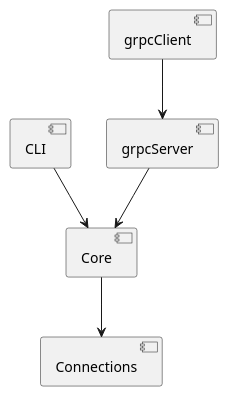
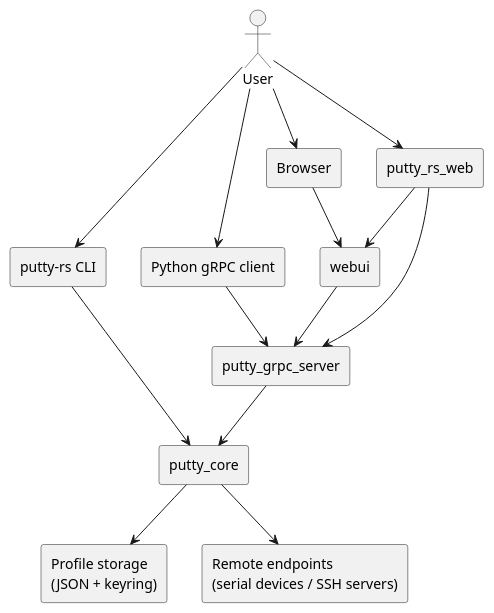
The diagram in docs/puml/arch_level1.puml (simon-rechermann/putty_rs_async), drawn with PlantUML before and after one commit. The commit also changed 6 other files, not shown here.

```diff
--- a/docs/puml/arch_level1.puml
+++ b/docs/puml/arch_level1.puml
@@ -1,8 +1,33 @@
 @startuml ArchLevel1
-' skinparam componentBackgroundColor White
 
-[CLI] --> [Core]
-[grpcClient] --> [grpcServer]
-[grpcServer] --> [Core]
-[Core] --> [Connections]
+skinparam componentStyle rectangle
+
+actor User
+
+[putty-rs CLI] as CLI
+[Python gRPC client] as PY
+[Browser] as BROWSER
+[putty_rs_web] as WEBBIN
+[webui] as WEBUI
+[putty_grpc_server] as GRPC
+[putty_core] as CORE
+[Profile storage\n(JSON + keyring)] as STORE
+[Remote endpoints\n(serial devices / SSH servers)] as REMOTE
+
+User --> CLI
+User --> BROWSER
+User --> PY
+User --> WEBBIN
+
+BROWSER --> WEBUI
+WEBBIN --> WEBUI
+WEBBIN --> GRPC
+
+CLI --> CORE
+PY --> GRPC
+WEBUI --> GRPC
+GRPC --> CORE
+CORE --> STORE
+CORE --> REMOTE
+
 @enduml
```
